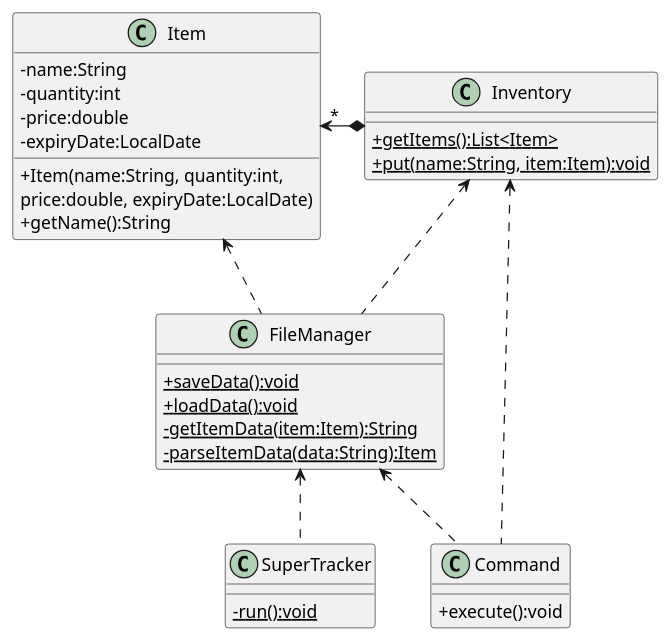
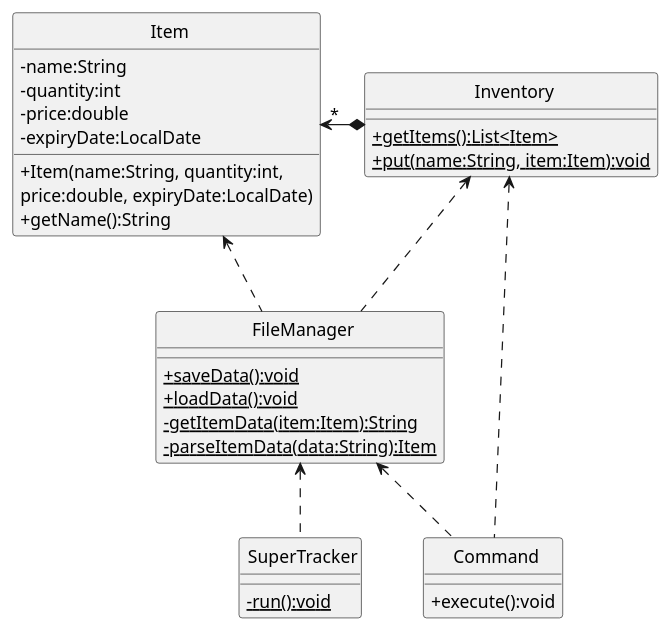
Before and after one commit to rismm/tp: the diagram in docs/uml-diagrams/FileManager.puml, drawn with PlantUML. The commit also changed 14 other files, not shown here.

Commit message:
Update UML diagrams

```diff
--- a/docs/uml-diagrams/FileManager.puml
+++ b/docs/uml-diagrams/FileManager.puml
@@ -1,47 +1,49 @@
 @startuml
 skinparam classAttributeIconSize 0
+skinparam CircledCharacterFontSize 0
+skinparam CircledCharacterRadius 0
 
 class SuperTracker
 class FileManager
 class Inventory
 class Item
 class Command
 
 FileManager <.. SuperTracker
 Inventory <.. FileManager
 Item <. FileManager
 Item "*" <-* Inventory
 FileManager <.. Command
 Inventory <.. Command
 
 class FileManager {
     {static}+saveData():void
     {static}+loadData():void
     {static}-getItemData(item:Item):String
     {static}-parseItemData(data:String):Item
 }
 
 class SuperTracker {
     {static}-run():void
 }
 
 class Command {
     +execute():void
 }
 
 class Inventory {
     {static}+getItems():List<Item>
     {static}+put(name:String, item:Item):void
 }
 
 class Item {
     -name:String
     -quantity:int
     -price:double
     -expiryDate:LocalDate
     +Item(name:String, quantity:int,
     price:double, expiryDate:LocalDate)
     +getName():String
 }
 
 @enduml
```
